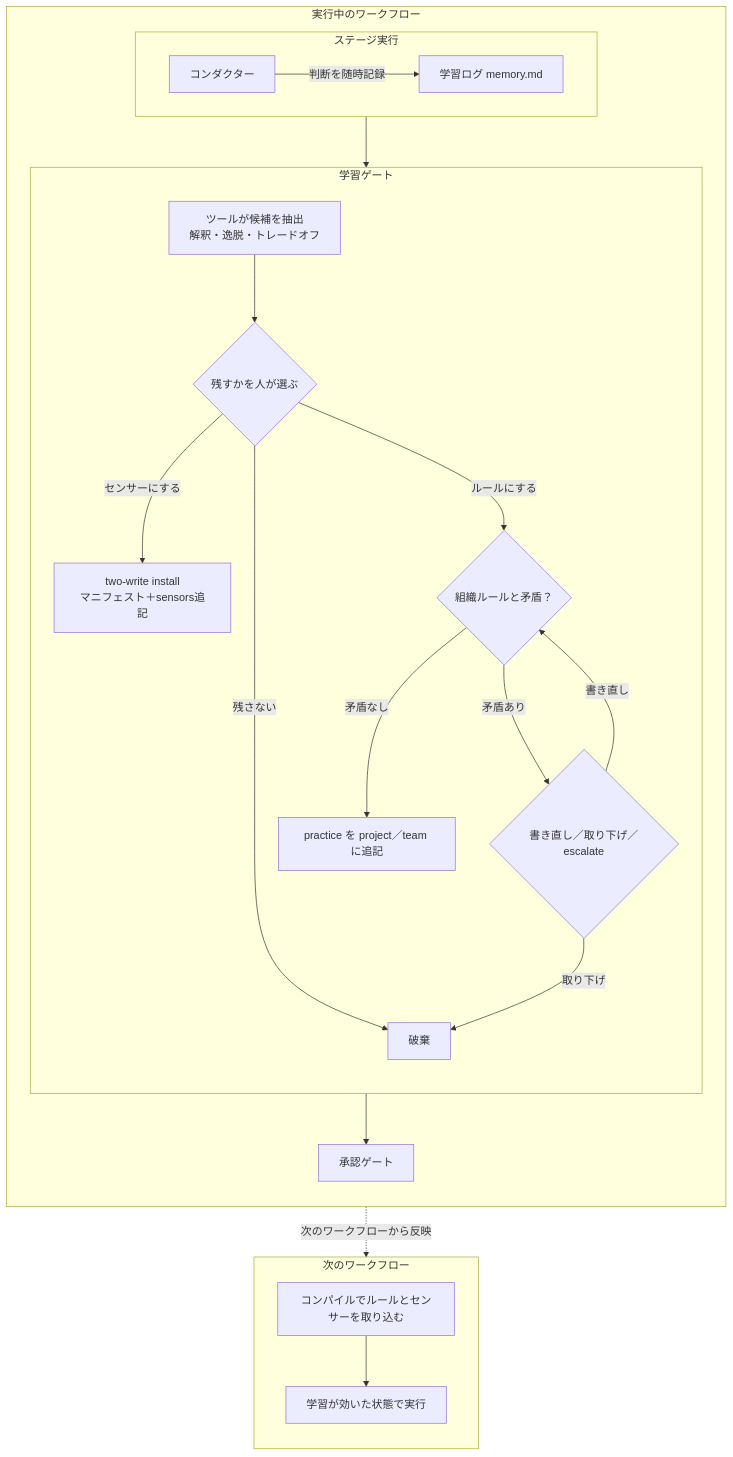
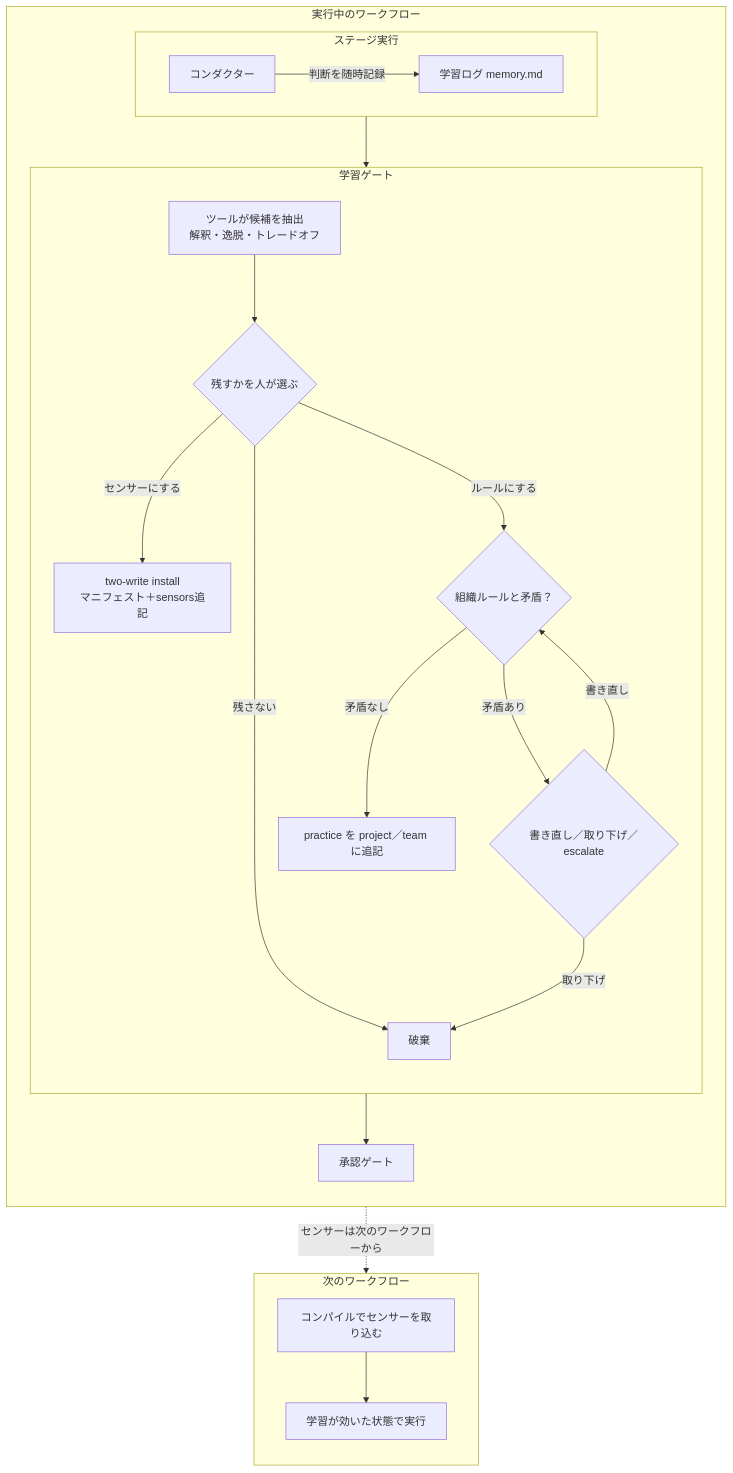
The diagram in public/aidlc-v2-15-learning-loop.md (takeshishimada/qiita-docs), drawn with Mermaid before and after one commit. The commit also changed other lines of this file and 23 other files, not shown here.

````diff
--- a/public/aidlc-v2-15-learning-loop.md
+++ b/public/aidlc-v2-15-learning-loop.md
@@ -104,27 +108,27 @@
 ```mermaid
 flowchart TD
     subgraph WF1["実行中のワークフロー"]
         direction TB
         subgraph STAGE["ステージ実行"]
             C["コンダクター"] -->|"判断を随時記録"| MEM["学習ログ memory.md"]
         end
         subgraph GATE["学習ゲート"]
             direction TB
             S["ツールが候補を抽出<br/>解釈・逸脱・トレードオフ"] --> H{"残すかを人が選ぶ"}
             H -->|"残さない"| DROP["破棄"]
             H -->|"センサーにする"| SEN["two-write install<br/>マニフェスト＋sensors追記"]
             H -->|"ルールにする"| CHK{"組織ルールと矛盾？"}
             CHK -->|"矛盾あり"| RES{"書き直し／取り下げ／escalate"}
             RES -->|"書き直し"| CHK
             RES -->|"取り下げ"| DROP
             CHK -->|"矛盾なし"| PR["practice を project／team に追記"]
         end
         STAGE --> GATE
         GATE --> APP["承認ゲート"]
     end
-    WF1 -.->|"次のワークフローから反映"| WF2
+    WF1 -.->|"センサーは次のワークフローから"| WF2
     subgraph WF2["次のワークフロー"]
         direction TB
-        COMP["コンパイルでルールとセンサーを取り込む"] --> RUN["学習が効いた状態で実行"]
+        COMP["コンパイルでセンサーを取り込む"] --> RUN["学習が効いた状態で実行"]
     end
 ```
````
